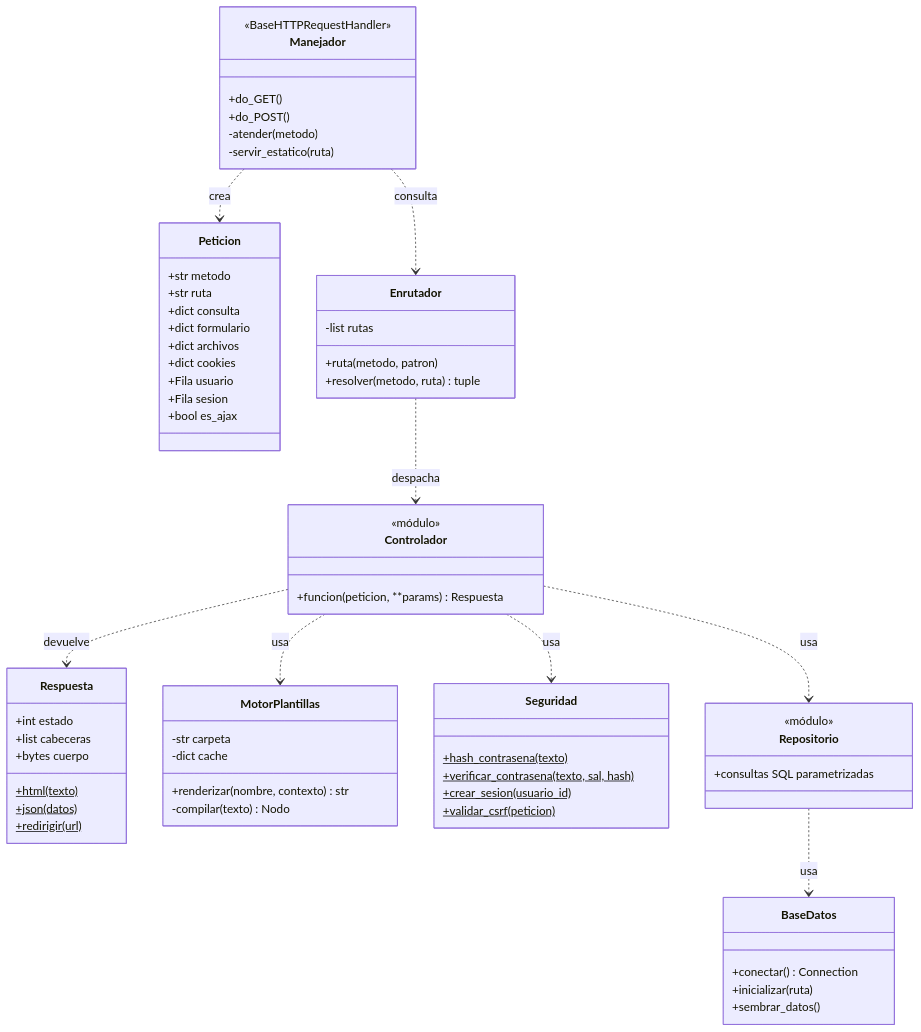
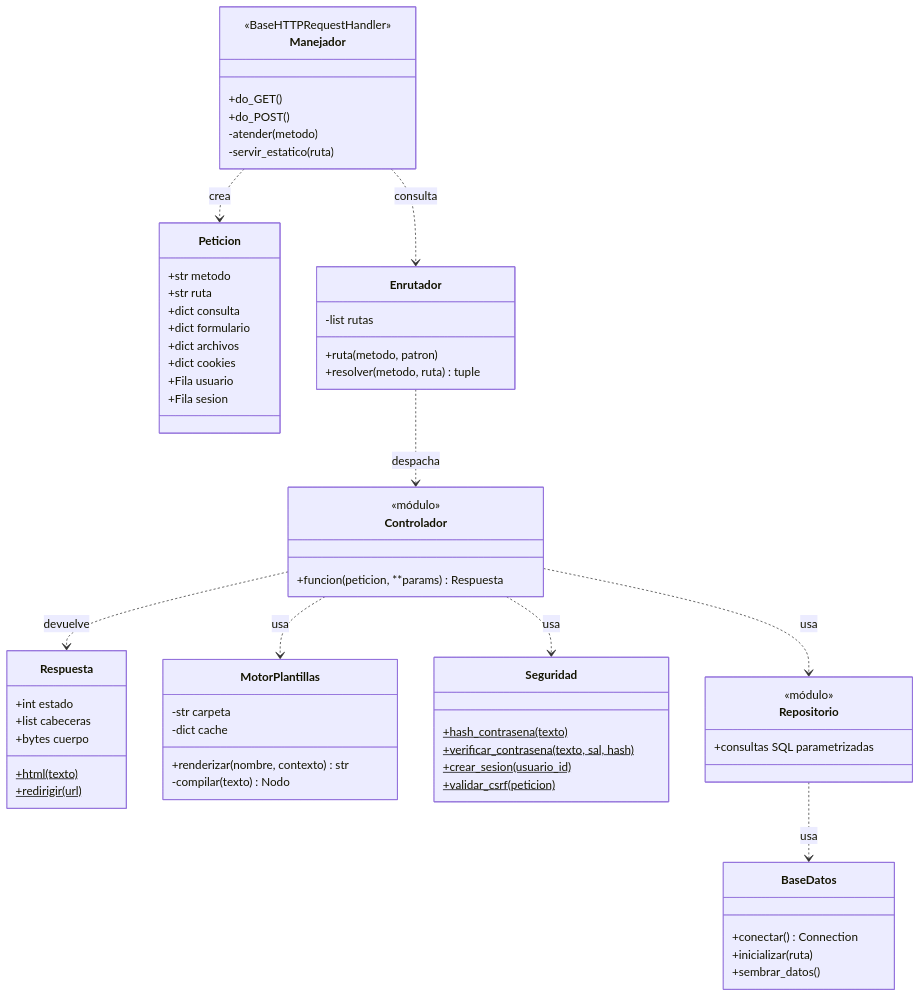
Before and after one commit to Lis-carl/Vortex_club-s: the eighth of 11 diagrams in docs/04_modelado_uml.md, drawn with Mermaid. The commit also changed other lines of this file and 61 other files, not shown here.

````diff
--- a/docs/04_modelado_uml.md
+++ b/docs/04_modelado_uml.md
@@ -458,69 +461,67 @@
 ```mermaid
 classDiagram
     direction TB
     class Manejador {
         <<BaseHTTPRequestHandler>>
         +do_GET()
         +do_POST()
         -atender(metodo)
         -servir_estatico(ruta)
     }
     class Peticion {
         +str metodo
         +str ruta
         +dict consulta
         +dict formulario
         +dict archivos
         +dict cookies
         +Fila usuario
         +Fila sesion
-        +bool es_ajax
     }
     class Respuesta {
         +int estado
         +list cabeceras
         +bytes cuerpo
         +html(texto)$
-        +json(datos)$
         +redirigir(url)$
     }
     class Enrutador {
         -list rutas
         +ruta(metodo, patron)
         +resolver(metodo, ruta) tuple
     }
     class MotorPlantillas {
         -str carpeta
         -dict cache
         +renderizar(nombre, contexto) str
         -compilar(texto) Nodo
     }
     class BaseDatos {
         +conectar() Connection
         +inicializar(ruta)
         +sembrar_datos()
     }
     class Seguridad {
         +hash_contrasena(texto)$
         +verificar_contrasena(texto, sal, hash)$
         +crear_sesion(usuario_id)$
         +validar_csrf(peticion)$
     }
     class Controlador {
         <<módulo>>
         +funcion(peticion, **params) Respuesta
     }
     class Repositorio {
         <<módulo>>
         +consultas SQL parametrizadas
     }
 
     Manejador ..> Peticion : crea
     Manejador ..> Enrutador : consulta
     Enrutador ..> Controlador : despacha
     Controlador ..> Repositorio : usa
     Controlador ..> MotorPlantillas : usa
     Controlador ..> Respuesta : devuelve
     Controlador ..> Seguridad : usa
     Repositorio ..> BaseDatos : usa
 ```
````
